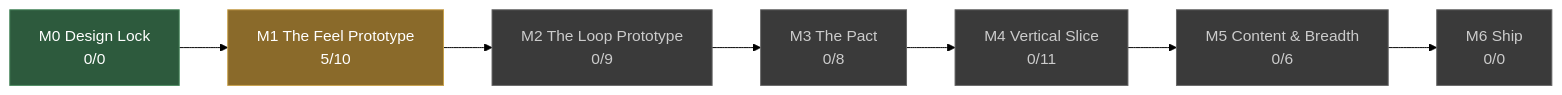
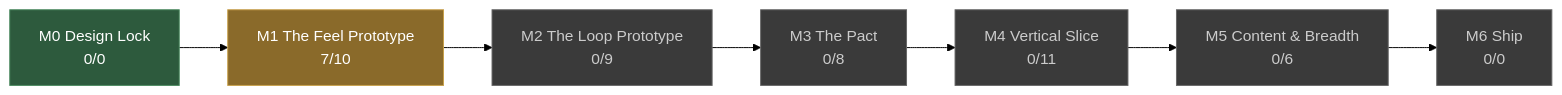
One commit to JoshuaGessner/she changed the diagram in docs/STATUS.md. Above: the diagram before and after it, drawn with Mermaid (forest theme). The commit also changed other lines of this file and 7 other files, not shown here.

````diff
--- a/docs/STATUS.md
+++ b/docs/STATUS.md
@@ -13,19 +13,19 @@
 ```mermaid
 flowchart LR
   M0["M0 Design Lock<br/>0/0"]:::passed
-  M1["M1 The Feel Prototype<br/>5/10"]:::current
+  M1["M1 The Feel Prototype<br/>7/10"]:::current
   M0 --> M1
   M2["M2 The Loop Prototype<br/>0/9"]:::ahead
   M1 --> M2
   M3["M3 The Pact<br/>0/8"]:::ahead
   M2 --> M3
   M4["M4 Vertical Slice<br/>0/11"]:::ahead
   M3 --> M4
   M5["M5 Content & Breadth<br/>0/6"]:::ahead
   M4 --> M5
   M6["M6 Ship<br/>0/0"]:::ahead
   M5 --> M6
   classDef passed fill:#2d5a3d,stroke:#4a8a5f,color:#fff
   classDef current fill:#8a6a2a,stroke:#c8a04a,color:#fff
   classDef ahead fill:#3a3a3a,stroke:#666,color:#ccc
 ```
````
